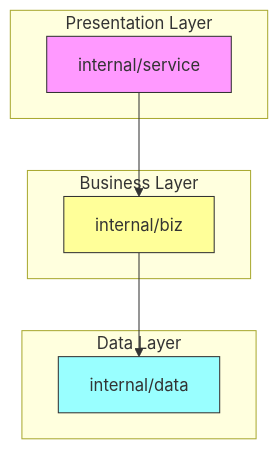
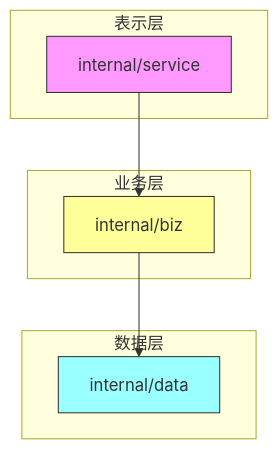
The first of 8 diagrams in .qoder/repowiki/zh/content/Development Guide/Adding New Features.md (26huitailang/kratos-boilerplate), drawn with Mermaid before and after one commit. The commit also changed other lines of this file and 62 other files, not shown here.

````diff
--- a/.qoder/repowiki/zh/content/Development Guide/Adding New Features.md
+++ b/.qoder/repowiki/zh/content/Development Guide/Adding New Features.md
@@ -36,17 +46,17 @@
 ```mermaid
 graph TB
-subgraph "Presentation Layer"
+subgraph "表示层"
 Service[internal/service]
 end
-subgraph "Business Layer"
+subgraph "业务层"
 Biz[internal/biz]
 end
-subgraph "Data Layer"
+subgraph "数据层"
 Data[internal/data]
 end
 Service --> Biz
 Biz --> Data
 style Service fill:#f9f,stroke:#333
 style Biz fill:#ff9,stroke:#333
 style Data fill:#9ff,stroke:#333
 ```
````
